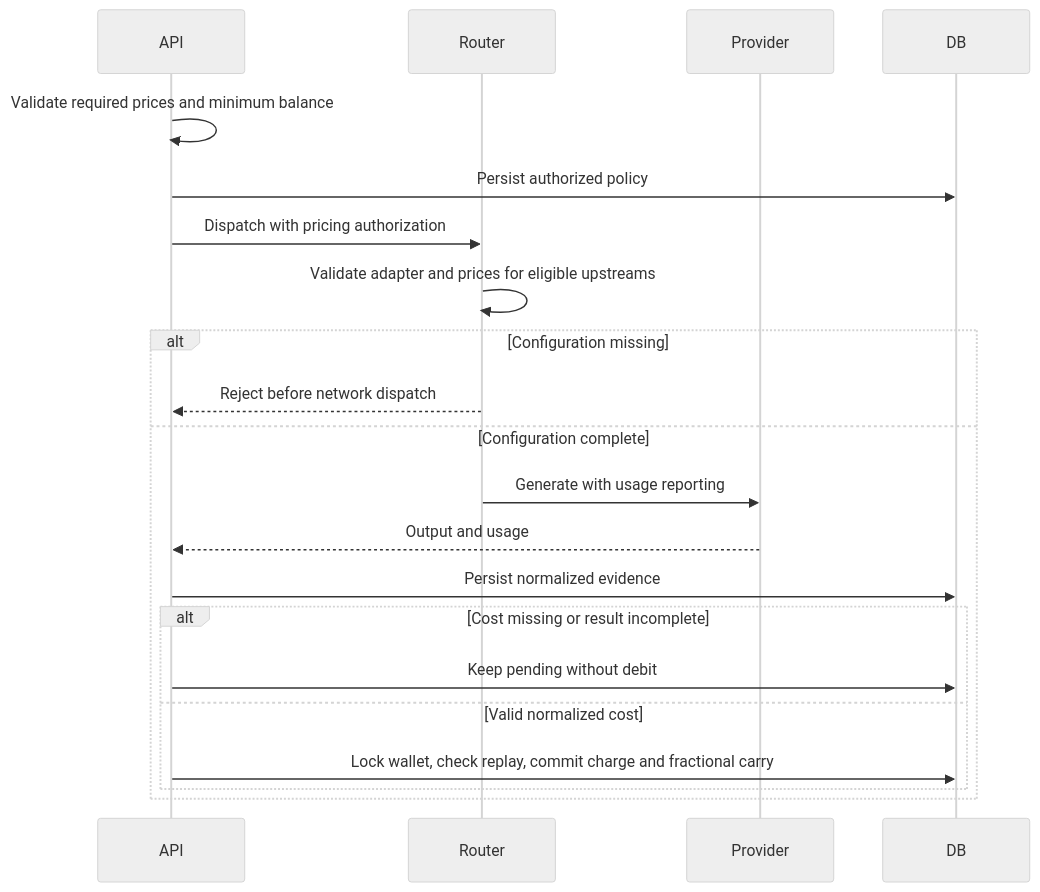
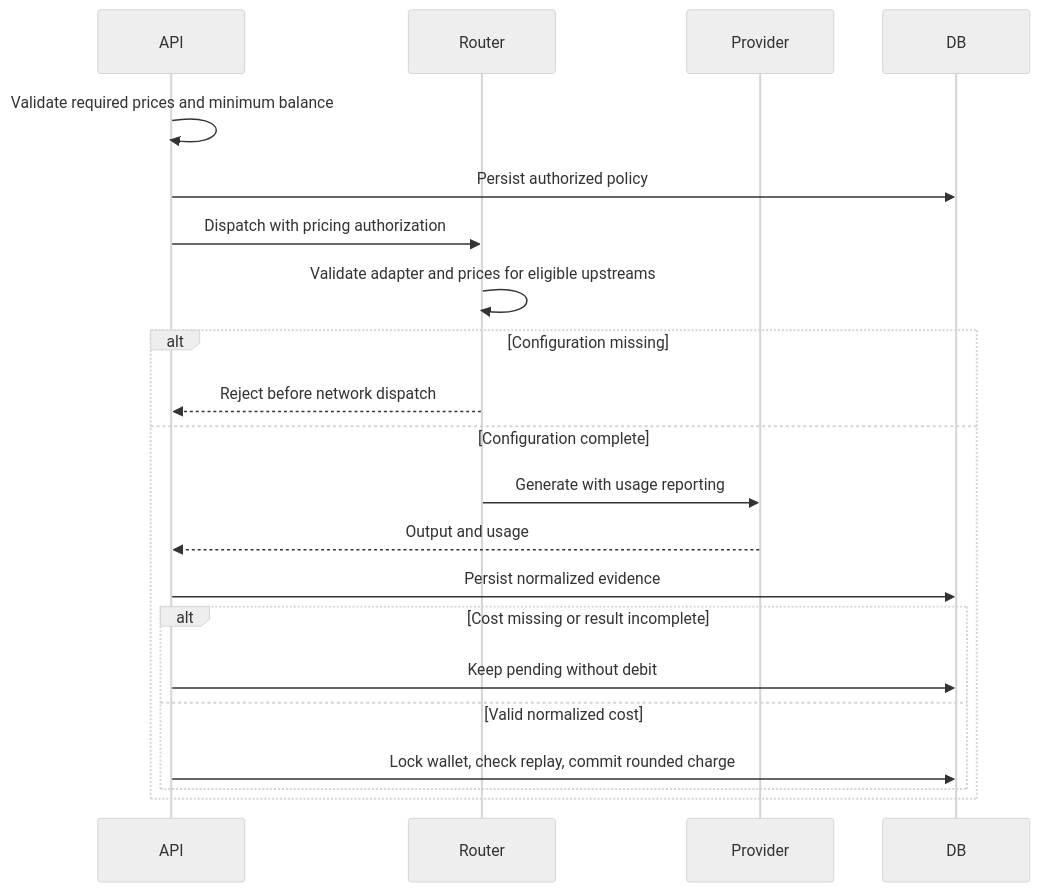
The second of 2 diagrams in server/docs/ai/adr/2026-09-23-provider-cost-billing.md (moeru-ai/airi), drawn with Mermaid (neutral theme) before and after one commit. The commit also changed other lines of this file and 14 other files, not shown here.

````diff
--- a/server/docs/ai/adr/2026-09-23-provider-cost-billing.md
+++ b/server/docs/ai/adr/2026-09-23-provider-cost-billing.md
@@ -40,23 +40,23 @@
 ```mermaid
 sequenceDiagram
   participant API
   participant Router
   participant Provider
   participant DB
   API->>API: Validate required prices and minimum balance
   API->>DB: Persist authorized policy
   API->>Router: Dispatch with pricing authorization
   Router->>Router: Validate adapter and prices for eligible upstreams
   alt Configuration missing
     Router-->>API: Reject before network dispatch
   else Configuration complete
     Router->>Provider: Generate with usage reporting
     Provider-->>API: Output and usage
     API->>DB: Persist normalized evidence
     alt Cost missing or result incomplete
       API->>DB: Keep pending without debit
     else Valid normalized cost
-      API->>DB: Lock wallet, check replay, commit charge and fractional carry
+      API->>DB: Lock wallet, check replay, commit rounded charge
     end
   end
 ```
````
